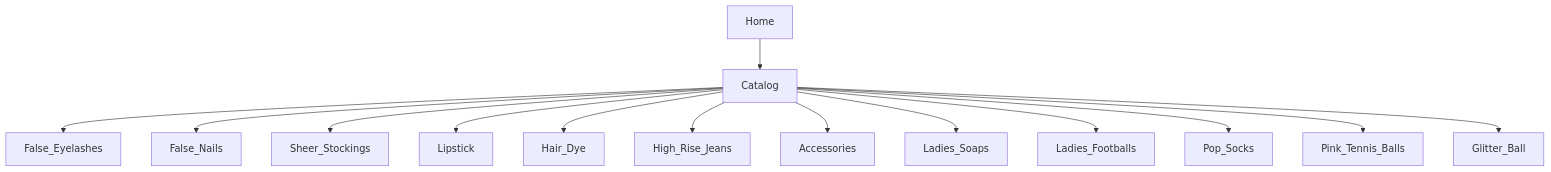
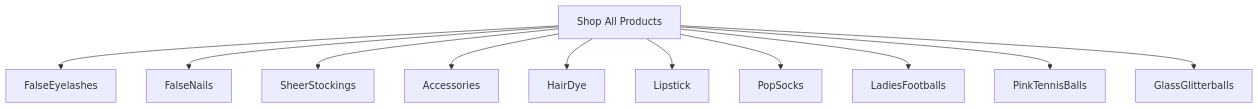
Before and after one commit to misterfitzy/false-eyelash-store: the diagram in specs/product-spec.md, drawn with Mermaid. The commit also changed other lines of this file, not shown here.

Commit message:
Add Glass Glitterballs as a core product category to specification (shopper, admin, data model, accessibility, acceptance criteria).

````diff
--- a/specs/product-spec.md
+++ b/specs/product-spec.md
@@ -11,16 +20,25 @@
 ```mermaid
-graph TD;
-  Home --> Catalog;
-  Catalog --> False_Eyelashes;
-  Catalog --> False_Nails;
-  Catalog --> Sheer_Stockings;
-  Catalog --> Lipstick;
-  Catalog --> Hair_Dye;
-  Catalog --> High_Rise_Jeans;
-  Catalog --> Accessories;
-  Catalog --> Ladies_Soaps;
-  Catalog --> Ladies_Footballs;
-  Catalog --> Pop_Socks;
-  Catalog --> Pink_Tennis_Balls;
-  Catalog --> Glitter_Ball;
+graph TD
+  Catalog["Shop All Products"]
+  FalseEyelashes
+  FalseNails
+  SheerStockings
+  Accessories
+  HairDye
+  Lipstick
+  PopSocks
+  LadiesFootballs
+  PinkTennisBalls
+  GlassGlitterballs
+
+  Catalog --> FalseEyelashes
+  Catalog --> FalseNails
+  Catalog --> SheerStockings
+  Catalog --> Accessories
+  Catalog --> HairDye
+  Catalog --> Lipstick
+  Catalog --> PopSocks
+  Catalog --> LadiesFootballs
+  Catalog --> PinkTennisBalls
+  Catalog --> GlassGlitterballs
 ```
````
